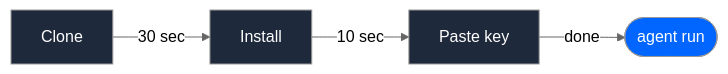
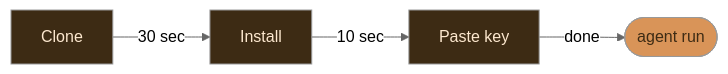
The second of 25 diagrams in README.md (JosephOIbrahim/Comfy-Cozy), drawn with Mermaid (neutral theme) before and after one commit. The commit also changed other lines of this file, not shown here.

First line of the commit message:
[DOCS] Unify mermaid palette across 25 diagrams (warm amber/brown)

````diff
--- a/README.md
+++ b/README.md
@@ -74,11 +74,11 @@
 ```mermaid
 flowchart LR
     A["Clone"] -->|30 sec| B["Install"]
     B -->|10 sec| C["Paste key"]
     C -->|done| D(["agent run"])
 
-    style A fill:#1e293b,color:#fff
-    style B fill:#1e293b,color:#fff
-    style C fill:#1e293b,color:#fff
-    style D fill:#0066FF,color:#fff
+    style A fill:#3d2b14,color:#fde8cf
+    style B fill:#3d2b14,color:#fde8cf
+    style C fill:#3d2b14,color:#fde8cf
+    style D fill:#d99458,color:#3d2b14
 ```
````
